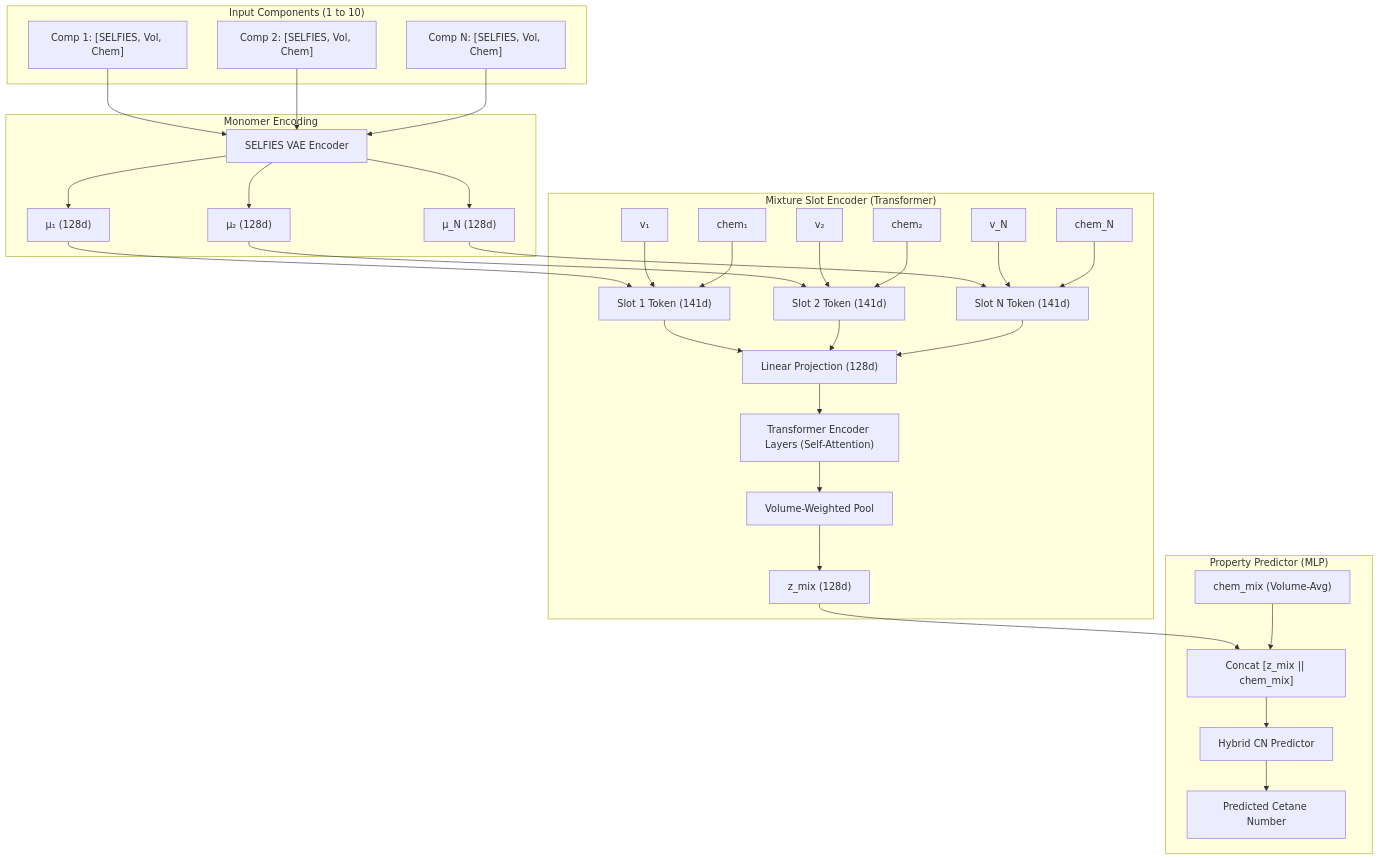
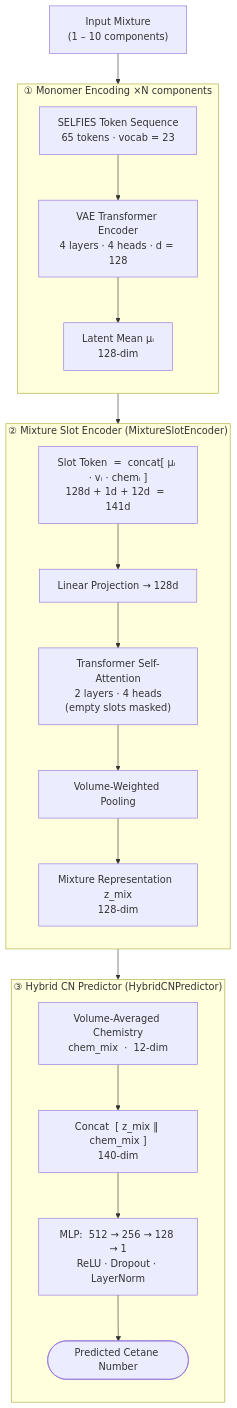
The diagram in SELFIES/model_testing/architecture.md (aloshdenny/turingtrain), drawn with Mermaid before and after one commit.

Commit message:
updated SELFIES model architecture

````diff
--- a/SELFIES/model_testing/architecture.md
+++ b/SELFIES/model_testing/architecture.md
@@ -11,34 +11,36 @@
 ```mermaid
 graph TD
-    subgraph Components ["Input Components (1 to 10)"]
-        C1["Comp 1: [SELFIES, Vol, Chem]"]
-        C2["Comp 2: [SELFIES, Vol, Chem]"]
-        CN["Comp N: [SELFIES, Vol, Chem]"]
+    IN["Input Mixture\n(1 – 10 components)"]
+
+    subgraph VAE ["① Monomer Encoding  ×N components"]
+        direction TB
+        SEL["SELFIES Token Sequence\n65 tokens  ·  vocab = 23"]
+        ENC["VAE Transformer Encoder\n4 layers · 4 heads · d = 128"]
+        MU["Latent Mean  μᵢ\n128-dim"]
+        SEL --> ENC --> MU
     end
 
-    subgraph VAE ["Monomer Encoding"]
-        C1 --> VAE_Enc["SELFIES VAE Encoder"]
-        C2 --> VAE_Enc
-        CN --> VAE_Enc
-        VAE_Enc --> L1["μ₁ (128d)"]
-        VAE_Enc --> L2["μ₂ (128d)"]
-        VAE_Enc --> LN["μ_N (128d)"]
+    subgraph Slot ["② Mixture Slot Encoder  (MixtureSlotEncoder)"]
+        direction TB
+        TOK["Slot Token  =  concat[ μᵢ · vᵢ · chemᵢ ]\n128d + 1d + 12d  =  141d"]
+        PROJ["Linear Projection  →  128d"]
+        TRANS["Transformer Self-Attention\n2 layers · 4 heads\n(empty slots masked)"]
+        POOL["Volume-Weighted Pooling"]
+        ZMIX["Mixture Representation  z_mix\n128-dim"]
+        TOK --> PROJ --> TRANS --> POOL --> ZMIX
     end
 
-    subgraph Attention ["Mixture Slot Encoder (Transformer)"]
-        L1 & C1_v["v₁"] & C1_c["chem₁"] --> Slot1["Slot 1 Token (141d)"]
-        L2 & C2_v["v₂"] & C2_c["chem₂"] --> Slot2["Slot 2 Token (141d)"]
-        LN & CN_v["v_N"] & CN_c["chem_N"] --> SlotN["Slot N Token (141d)"]
-        Slot1 & Slot2 & SlotN --> Proj["Linear Projection (128d)"]
-        Proj --> Trans["Transformer Encoder Layers (Self-Attention)"]
-        Trans --> Pool["Volume-Weighted Pool"]
-        Pool --> z_mix["z_mix (128d)"]
+    subgraph Pred ["③ Hybrid CN Predictor  (HybridCNPredictor)"]
+        direction TB
+        CHEM["Volume-Averaged Chemistry\nchem_mix  ·  12-dim"]
+        CAT["Concat  [ z_mix ‖ chem_mix ]\n140-dim"]
+        MLP["MLP:  512 → 256 → 128 → 1\nReLU · Dropout · LayerNorm"]
+        OUT(["Predicted Cetane Number"])
+        CHEM --> CAT
+        CAT --> MLP --> OUT
     end
 
-    subgraph Predictor ["Property Predictor (MLP)"]
-        z_mix --> Cat["Concat [z_mix || chem_mix]"]
-        Avg["chem_mix (Volume-Avg)"] --> Cat
-        Cat --> MLP["Hybrid CN Predictor"]
-        MLP --> Out["Predicted Cetane Number"]
-    end
+    IN --> SEL
+    MU --> TOK
+    ZMIX --> CAT
 ```
````
